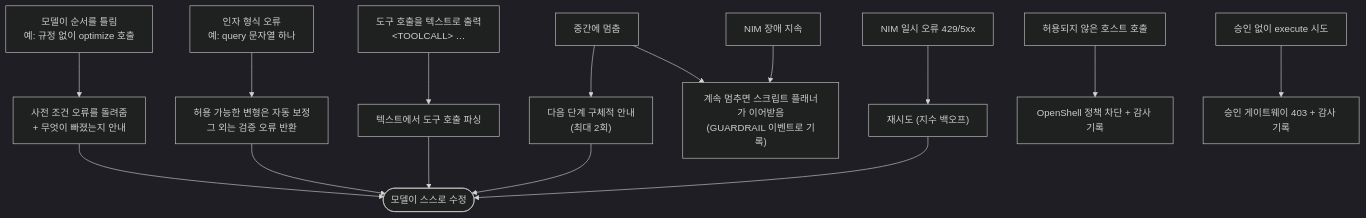
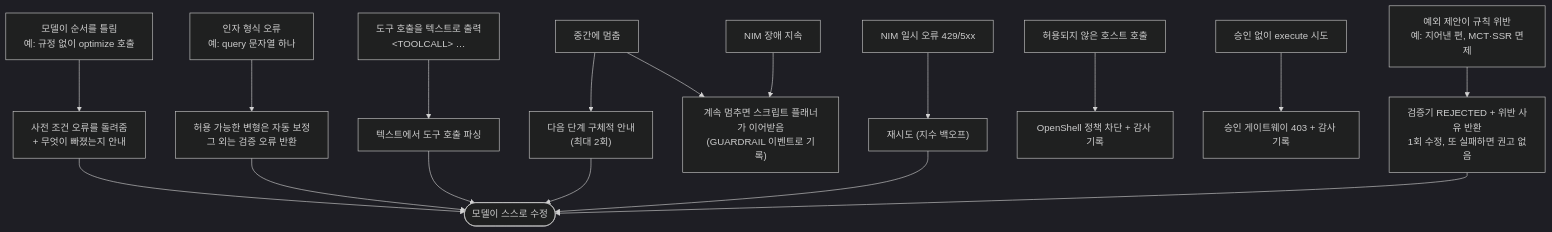
The sixth of 9 diagrams in docs/agent.md (hyunolike/reroute-irops-agent), drawn with Mermaid (dark theme) before and after one commit. The commit also changed other lines of this file and 3 other files, not shown here.

````diff
--- a/docs/agent.md
+++ b/docs/agent.md
@@ -201,12 +212,13 @@
 ```mermaid
 flowchart TD
     x1["모델이 순서를 틀림<br/>예: 규정 없이 optimize 호출"] --> g1["사전 조건 오류를 돌려줌<br/>+ 무엇이 빠졌는지 안내"] --> ok(["모델이 스스로 수정"])
     x2["인자 형식 오류<br/>예: query 문자열 하나"] --> g2["허용 가능한 변형은 자동 보정<br/>그 외는 검증 오류 반환"] --> ok
     x3["도구 호출을 텍스트로 출력<br/>#lt;TOOLCALL#gt; …"] --> g3["텍스트에서 도구 호출 파싱"] --> ok
     x4["중간에 멈춤"] --> g4["다음 단계 구체적 안내<br/>(최대 2회)"] --> ok
     x4 --> g5["계속 멈추면 스크립트 플래너가 이어받음<br/>(GUARDRAIL 이벤트로 기록)"]
     x5["NIM 일시 오류 429/5xx"] --> g6["재시도 (지수 백오프)"] --> ok
     x6["NIM 장애 지속"] --> g5
     x7["허용되지 않은 호스트 호출"] --> g7["OpenShell 정책 차단 + 감사 기록"]
     x8["승인 없이 execute 시도"] --> g8["승인 게이트웨이 403 + 감사 기록"]
+    x9["예외 제안이 규칙 위반<br/>예: 지어낸 편, MCT·SSR 면제"] --> g9["검증기 REJECTED + 위반 사유 반환<br/>1회 수정, 또 실패하면 권고 없음"] --> ok
 ```
````
